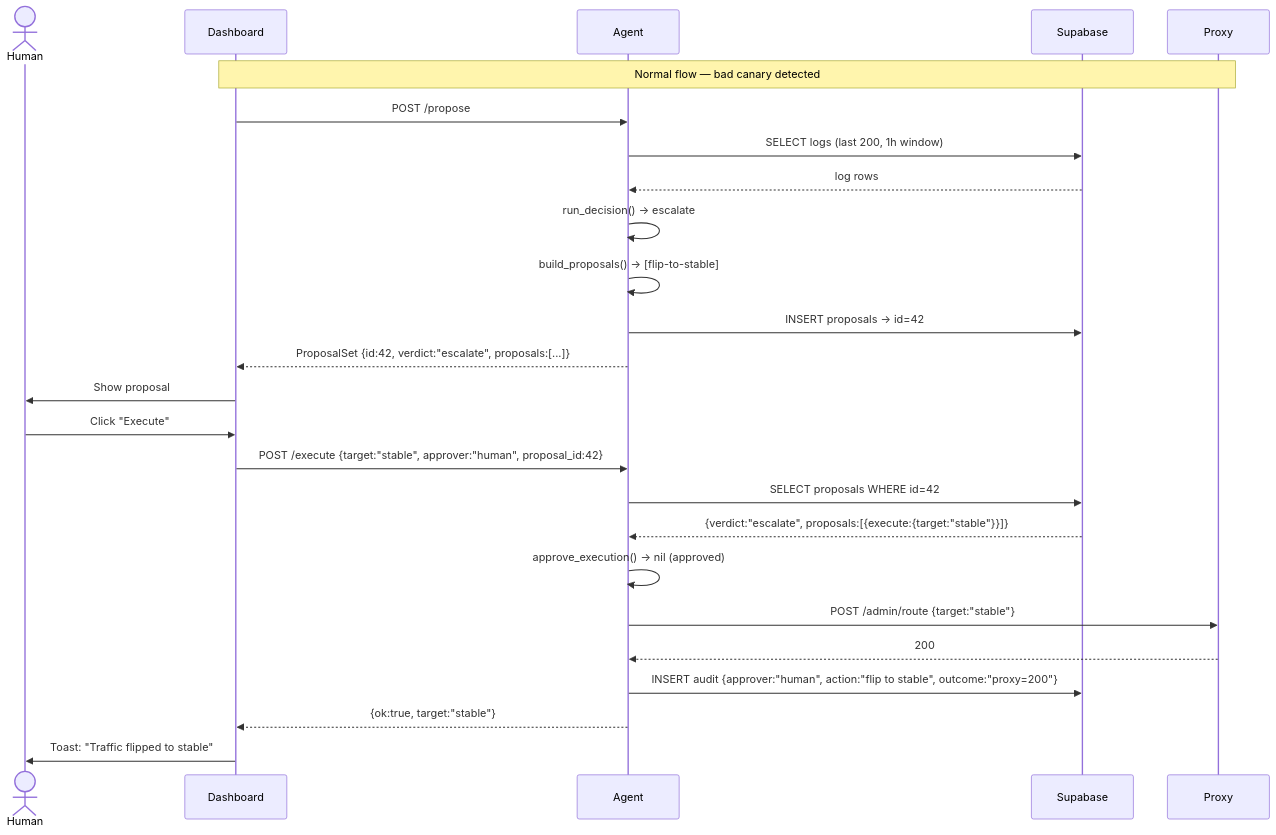
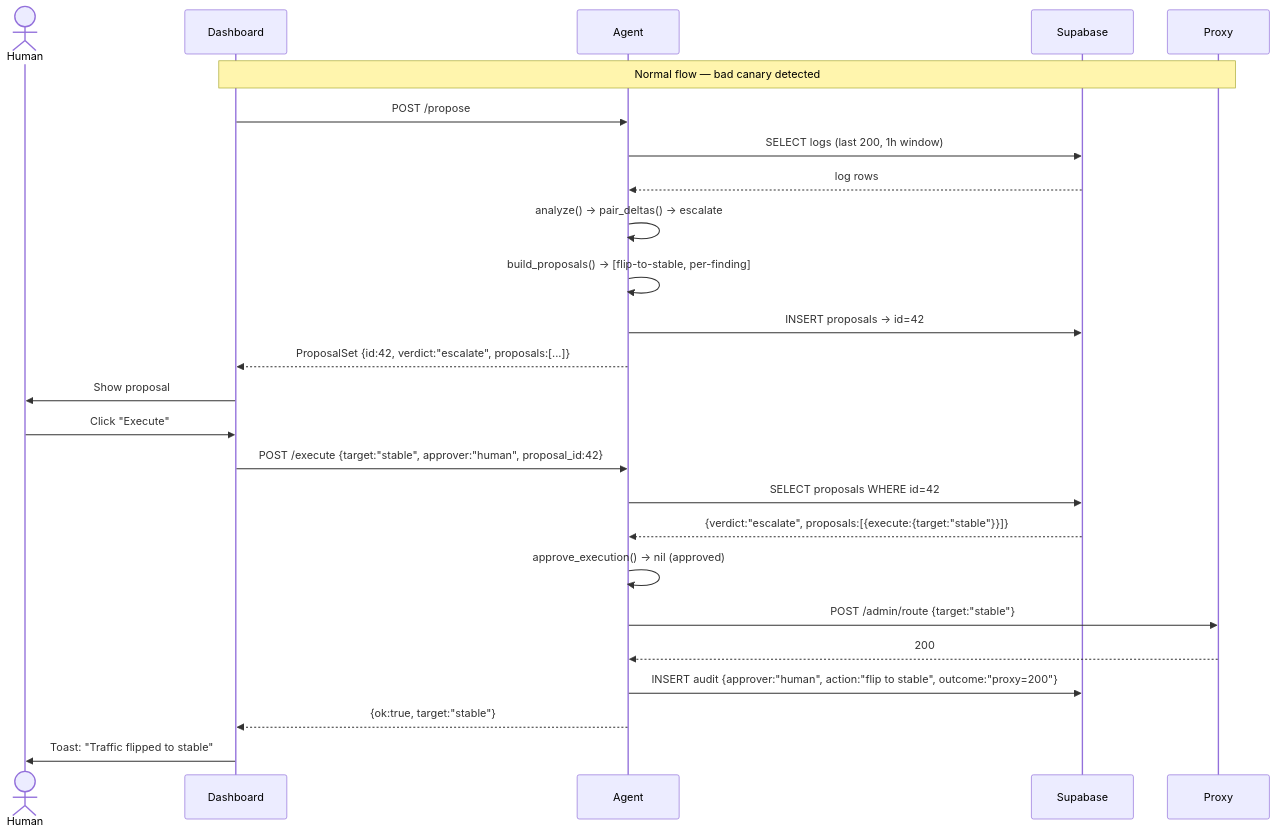
Before and after one commit to msaad53407/ibm-bob-2.0-hackathon: the fourth of 5 diagrams in docs/TRACK_A_PRESENTATION.md, drawn with Mermaid. The commit also changed other lines of this file and 25 other files, not shown here.

First line of the commit message:
feat(decision): pair the same probe across stable/canary, derive real proposals

````diff
--- a/docs/TRACK_A_PRESENTATION.md
+++ b/docs/TRACK_A_PRESENTATION.md
@@ -276,32 +305,32 @@
 ```mermaid
 sequenceDiagram
   actor Human
   participant Dashboard
   participant Agent
   participant Supabase
   participant Proxy
 
   Note over Dashboard,Proxy: Normal flow — bad canary detected
 
   Dashboard->>Agent: POST /propose
   Agent->>Supabase: SELECT logs (last 200, 1h window)
   Supabase-->>Agent: log rows
-  Agent->>Agent: run_decision() → escalate
-  Agent->>Agent: build_proposals() → [flip-to-stable]
+  Agent->>Agent: analyze() → pair_deltas() → escalate
+  Agent->>Agent: build_proposals() → [flip-to-stable, per-finding]
   Agent->>Supabase: INSERT proposals → id=42
   Agent-->>Dashboard: ProposalSet {id:42, verdict:"escalate", proposals:[...]}
 
-  Dashboard->>Human: Show proposal #42:\n"traffic flip to stable · risk 10%"
+  Dashboard->>Human: Show proposal #42:\n"traffic flip to stable · finding severity 54%"
   Human->>Dashboard: Click "Execute"
 
   Dashboard->>Agent: POST /execute {target:"stable", approver:"human", proposal_id:42}
   Agent->>Supabase: SELECT proposals WHERE id=42
   Supabase-->>Agent: {verdict:"escalate", proposals:[{execute:{target:"stable"}}]}
   Agent->>Agent: approve_execution() → nil (approved)
   Agent->>Proxy: POST /admin/route {target:"stable"}
   Proxy-->>Agent: 200
   Agent->>Supabase: INSERT audit {approver:"human", action:"flip to stable", outcome:"proxy=200"}
   Agent-->>Dashboard: {ok:true, target:"stable"}
 
   Dashboard->>Human: Toast: "Traffic flipped to stable"
 ```
````
